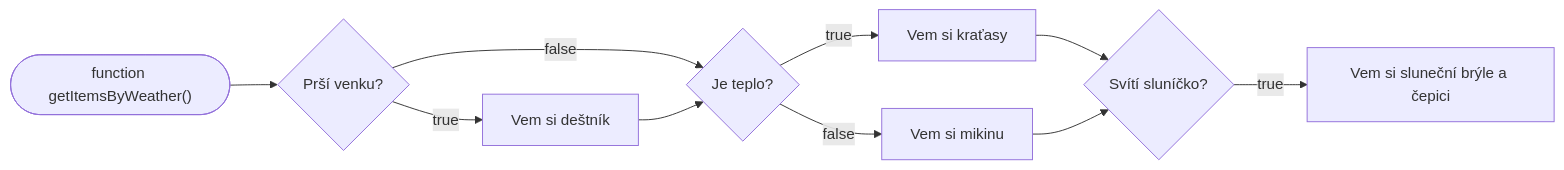
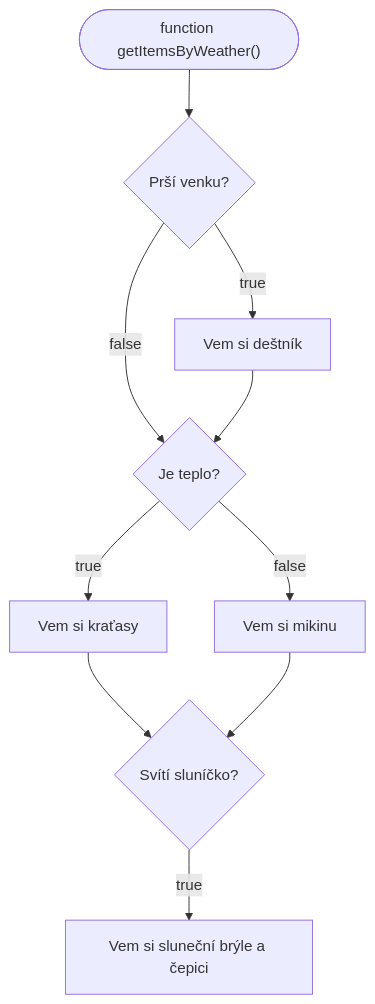
One commit to JVancata/skripta changed the diagram in JavaScript - Úvod/JavaScript - Úvod.md. Above: the diagram before and after it, drawn with Mermaid. The commit also changed 5 other files, not shown here.

````diff
--- a/JavaScript - Úvod/JavaScript - Úvod.md
+++ b/JavaScript - Úvod/JavaScript - Úvod.md
@@ -166,13 +166,13 @@
 ```mermaid
-flowchart LR
+flowchart TD
     A(["function getItemsByWeather()"]) --> B{"Prší venku?"}
     B -- true --> C["Vem si deštník"]
     B -- false --> D{"Je teplo?"}
     D -- true --> n1["Vem si kraťasy"]
     D -- false --> n5["Vem si mikinu"]
     n2["Svítí sluníčko?"] -- true --> n3["Vem si sluneční brýle a čepici"]
     n1 --> n2
     n5 --> n2
     C --> D
     n2@{ shape: diam}
 ```
````
